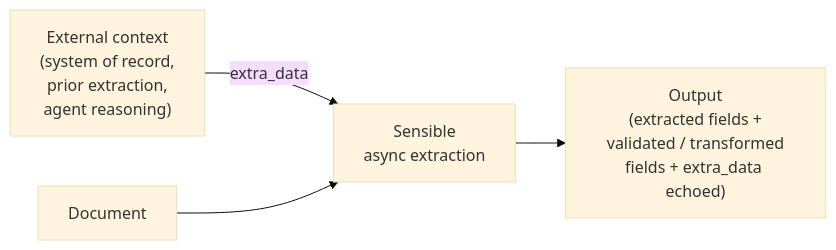
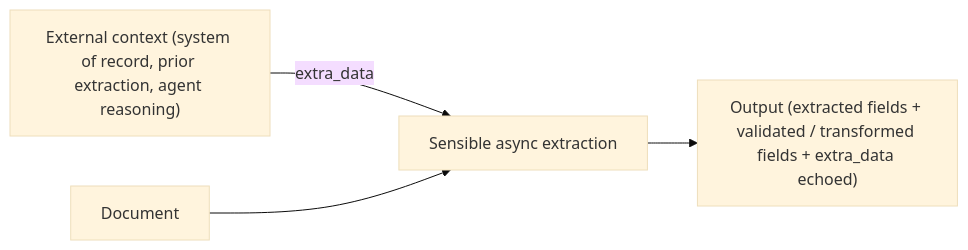
One commit to sensible-hq/sensible-docs changed the diagram in docs/Senseml reference/advanced-computed-field-methods/extra-data.md. Above: the diagram before and after it, drawn with Mermaid (base theme).

Commit message:
Update doc `extra-data`

````diff
--- a/docs/Senseml reference/advanced-computed-field-methods/extra-data.md
+++ b/docs/Senseml reference/advanced-computed-field-methods/extra-data.md
@@ -25,6 +25,6 @@
 ```mermaid
 flowchart LR
-    A["External context\n(system of record,\nprior extraction,\nagent reasoning)"] -->|"extra_data"| C["Sensible\nasync extraction"]
+    A["External context (system of record, prior extraction, agent reasoning)"] -->|"extra_data"| C["Sensible async extraction"]
     B["Document"] --> C
-    C --> D["Output\n(extracted fields +\nvalidated / transformed\nfields + extra_data echoed)"]
+    C --> D["Output (extracted fields + validated / transformed fields + extra_data echoed)"]
 ```
````
